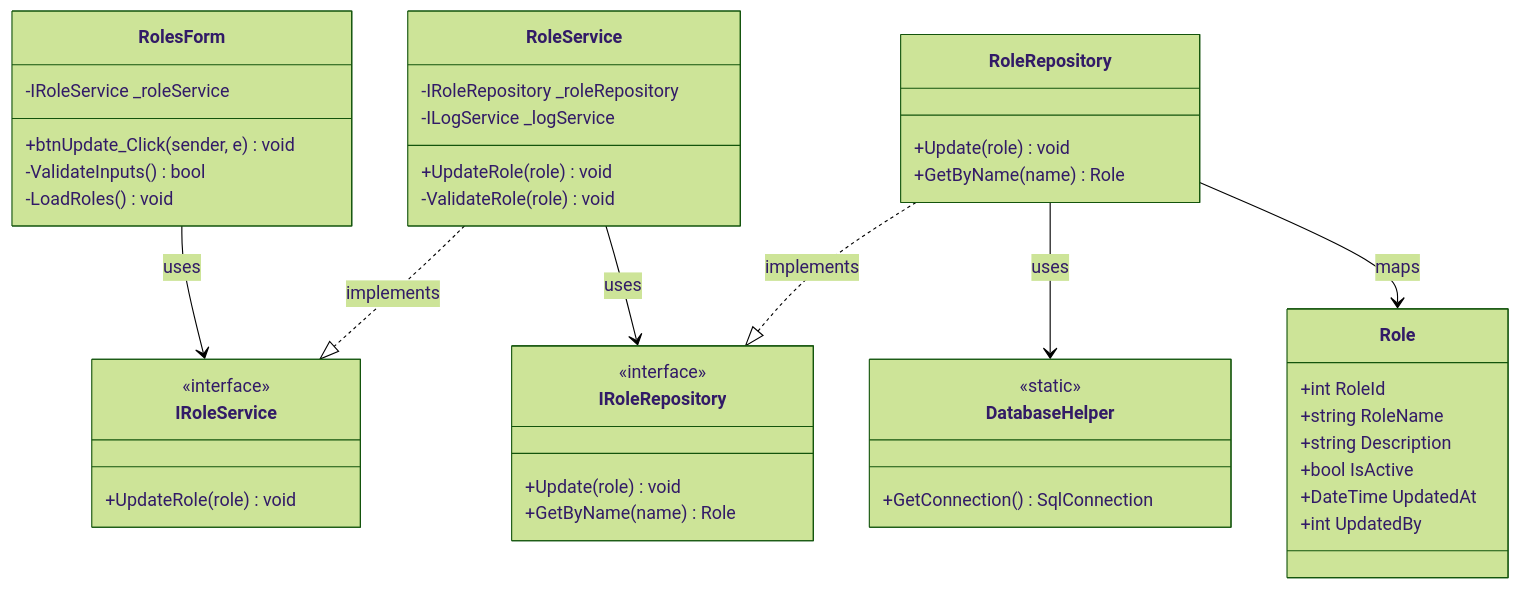
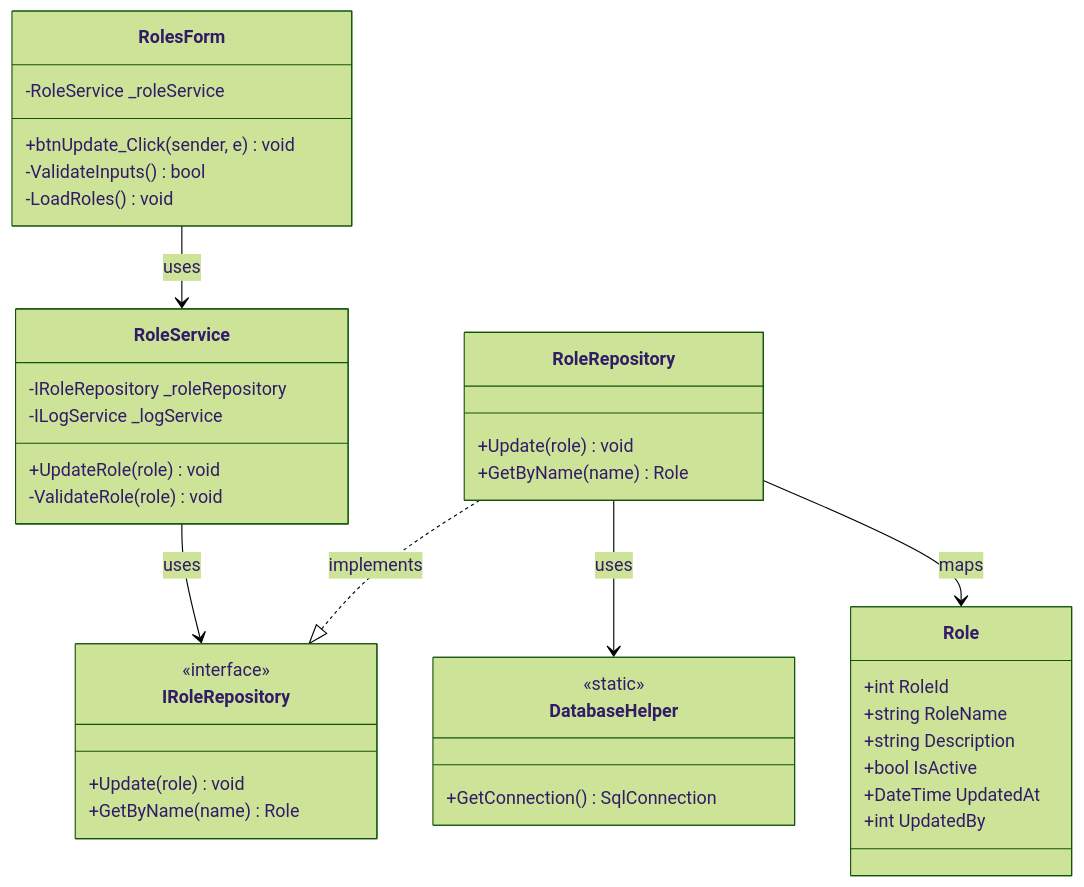
Before and after one commit to nahuk86/tp_diploma_nk_2026: diagram 17 of 18 in Documentation/UML_Diagrams/20_Roles_UseCases.md, drawn with Mermaid (forest theme). The commit also changed other lines of this file and 1 other file, not shown here.

First line of the commit message:
docs: remove non-existent IUserService and IRoleService interface references

````diff
--- a/Documentation/UML_Diagrams/20_Roles_UseCases.md
+++ b/Documentation/UML_Diagrams/20_Roles_UseCases.md
@@ -646,53 +594,47 @@
 ```mermaid
 classDiagram
     class RolesForm {
-        -IRoleService _roleService
+        -RoleService _roleService
         +btnUpdate_Click(sender, e) void
         -ValidateInputs() bool
         -LoadRoles() void
-    }
-
-    class IRoleService {
-        <<interface>>
-        +UpdateRole(role) void
     }
 
     class RoleService {
         -IRoleRepository _roleRepository
         -ILogService _logService
         +UpdateRole(role) void
         -ValidateRole(role) void
     }
 
     class IRoleRepository {
         <<interface>>
         +Update(role) void
         +GetByName(name) Role
     }
 
     class RoleRepository {
         +Update(role) void
         +GetByName(name) Role
     }
 
     class DatabaseHelper {
         <<static>>
         +GetConnection() SqlConnection
     }
 
     class Role {
         +int RoleId
         +string RoleName
         +string Description
         +bool IsActive
         +DateTime UpdatedAt
         +int UpdatedBy
     }
 
-    RolesForm --> IRoleService : uses
-    RoleService ..|> IRoleService : implements
+    RolesForm --> RoleService : uses
     RoleService --> IRoleRepository : uses
     RoleRepository ..|> IRoleRepository : implements
     RoleRepository --> DatabaseHelper : uses
     RoleRepository --> Role : maps
 ```
````
